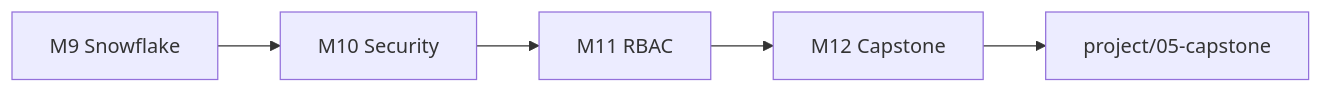
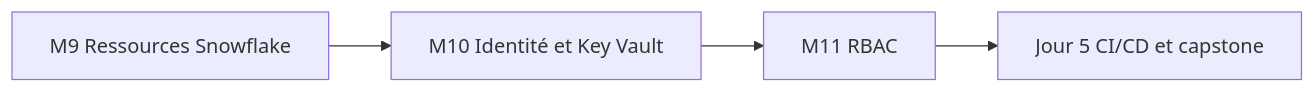
Before and after one commit to msellamiTN/Snowflake-terraform: the diagram in courses/day-03/README.md, drawn with Mermaid. The commit also changed other lines of this file and 47 other files, not shown here.

First line of the commit message:
feat: align training program with Azure-first architecture and production-grade practices

````diff
--- a/courses/day-03/README.md
+++ b/courses/day-03/README.md
@@ -5,7 +9,6 @@
 ```mermaid
 flowchart LR
-    M9[M9 Snowflake] --> M10[M10 Security]
+    M9[M9 Ressources Snowflake] --> M10[M10 Identité et Key Vault]
     M10 --> M11[M11 RBAC]
-    M11 --> M12[M12 Capstone]
-    M12 --> P[project/05-capstone]
+    M11 --> J5[Jour 5 CI/CD et capstone]
 ```
````
